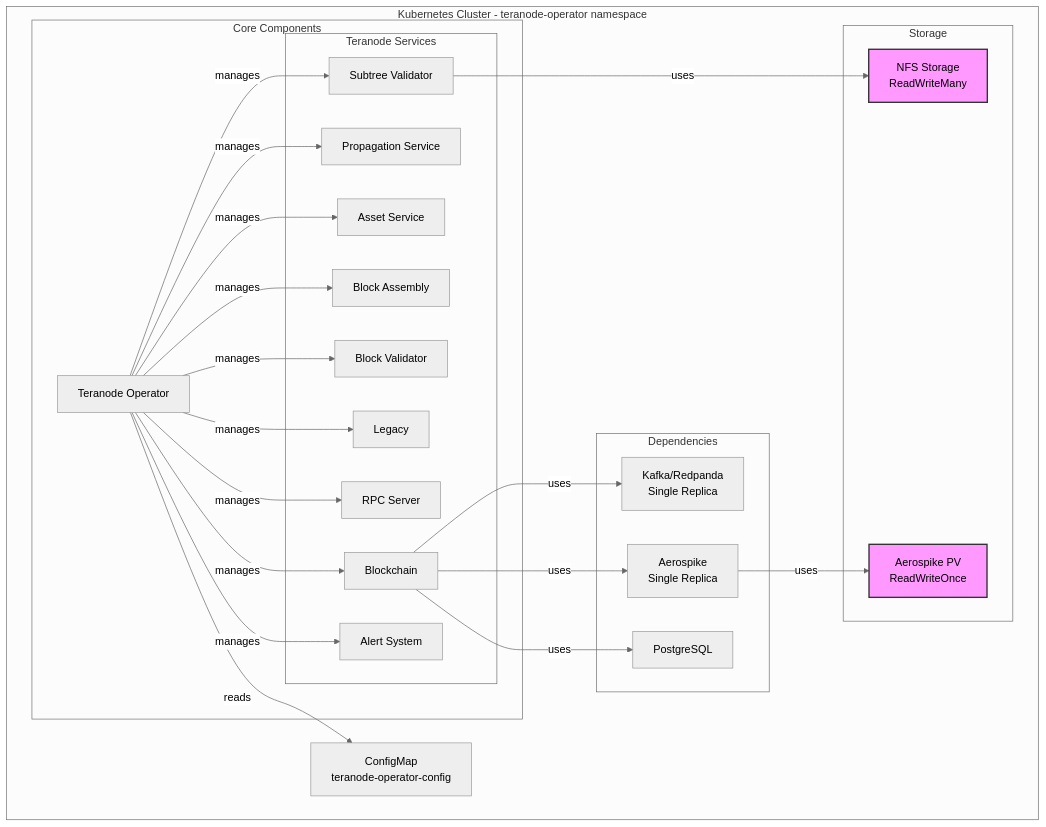
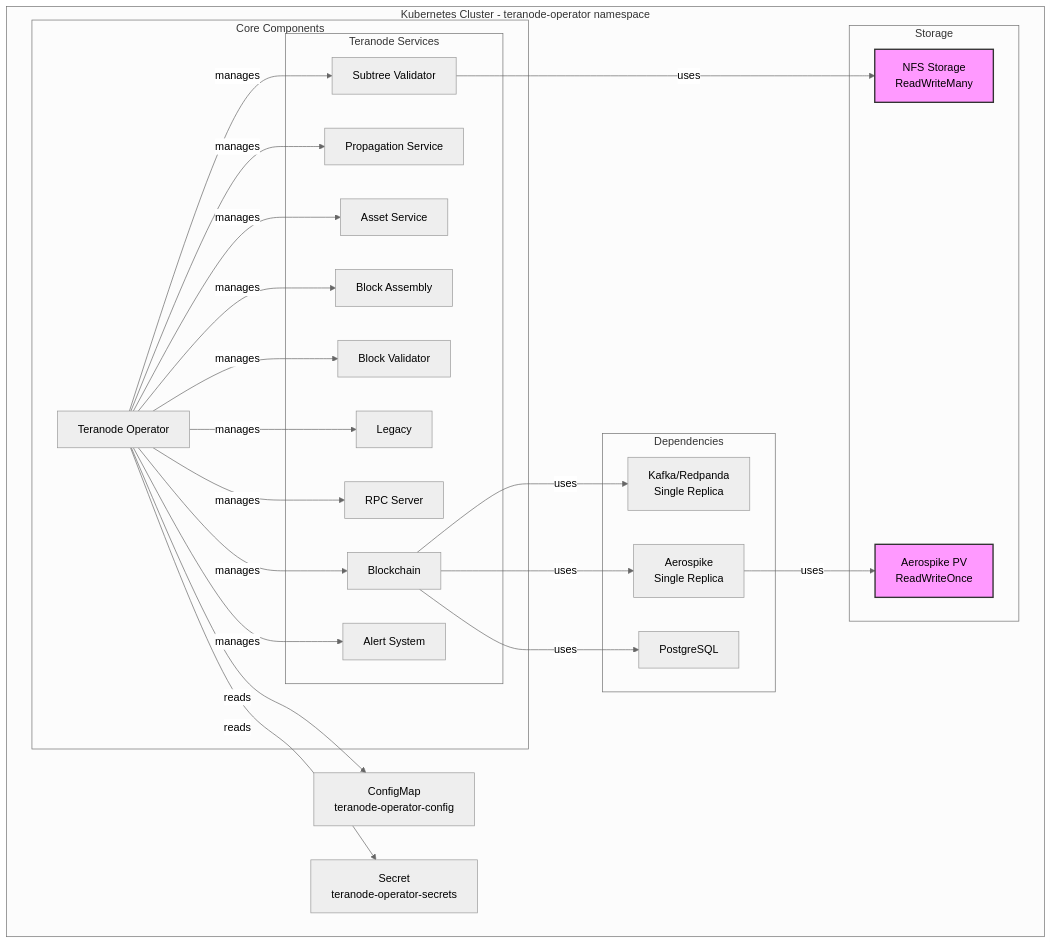
One commit to icellan/teranode changed the diagram in howto/miners/kubernetes/img/mermaid/kubernetesOperatorComponents.mermaid. Above: the diagram before and after it, drawn with Mermaid (neutral theme). The commit also changed 9 other files, not shown here.

```diff
--- a/howto/miners/kubernetes/img/mermaid/kubernetesOperatorComponents.mermaid
+++ b/howto/miners/kubernetes/img/mermaid/kubernetesOperatorComponents.mermaid
@@ -1,53 +1,55 @@
 graph TB
     subgraph "Kubernetes Cluster - teranode-operator namespace"
         subgraph "Core Components"
             TO[Teranode Operator]
 
             subgraph "Teranode Services"
                 BC[Blockchain]
                 AS[Asset Service]
                 BA[Block Assembly]
                 BV[Block Validator]
                 LEG[Legacy]
                 PS[Propagation Service]
                 RPC[RPC Server]
                 SV[Subtree Validator]
                 ALS[Alert System]
             end
         end
 
         subgraph "Dependencies"
             KF[Kafka/Redpanda<br/>Single Replica]
             AER[Aerospike<br/>Single Replica]
             PG[PostgreSQL]
         end
 
         subgraph "Storage"
             NFS[NFS Storage<br/>ReadWriteMany]
             AERPV[Aerospike PV<br/>ReadWriteOnce]
         end
 
         TO -->|manages| BC
         TO -->|manages| PS
         TO -->|manages| AS
         TO -->|manages| BA
         TO -->|manages| BV
         TO -->|manages| LEG
         TO -->|manages| RPC
         TO -->|manages| SV
         TO -->|manages| ALS
 
         BC -->|uses| KF
         BC -->|uses| AER
         BC -->|uses| PG
 
         SV -->|uses| NFS
         AER -->|uses| AERPV
 
     %% Configuration relationships
         CM[ConfigMap<br/>teranode-operator-config]
+        SEC[Secret<br/>teranode-operator-secrets]
         TO -->|reads| CM
+        TO -->|reads| SEC
     end
 
     classDef storage fill:#f9f,stroke:#333,stroke-width:2px;
     class NFS,AERPV storage;
```
